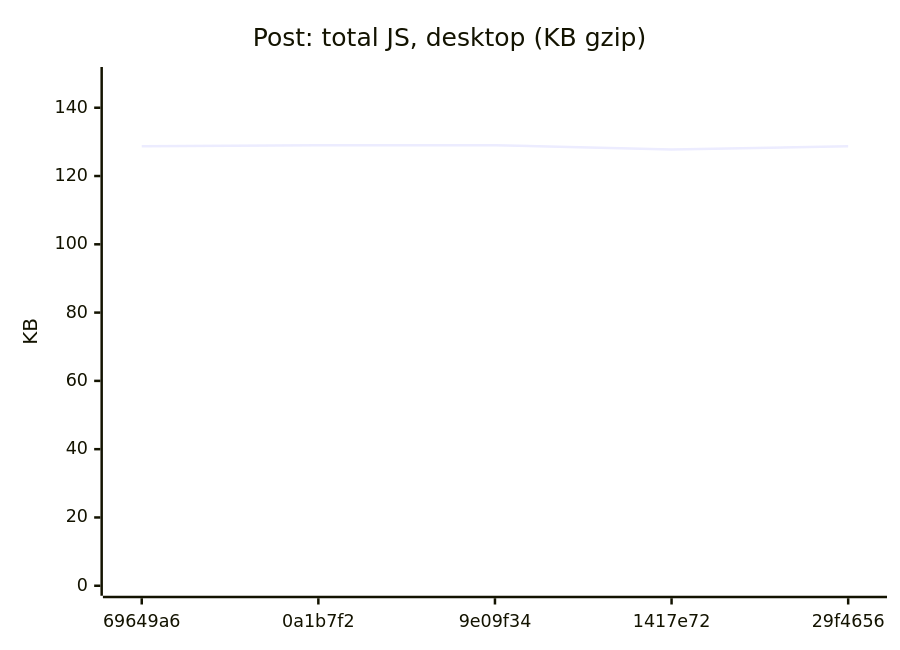
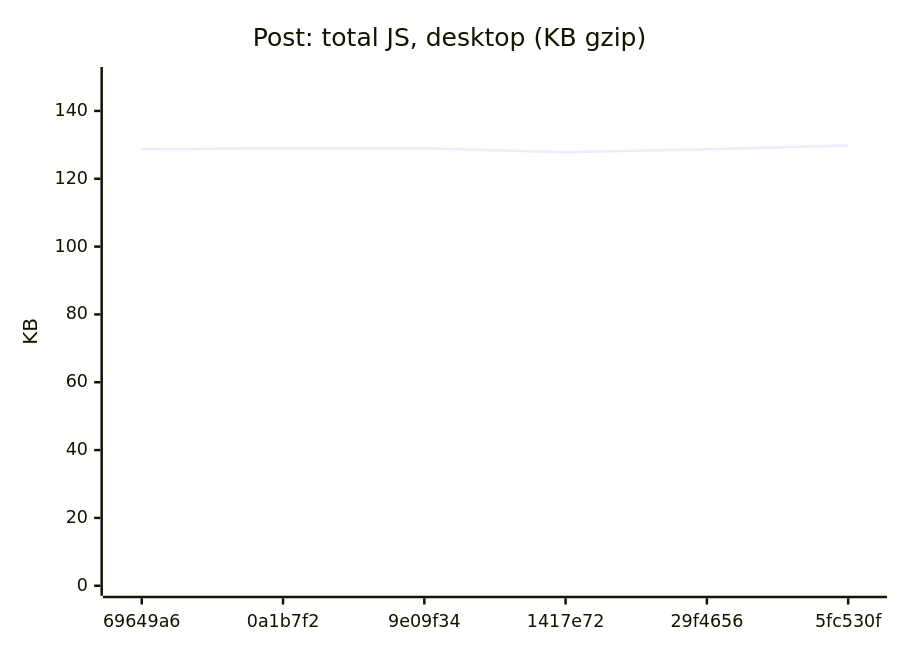
Diagram 11 of 18 in README.md (AxelUser/maltsev.space), drawn with Mermaid before and after one commit. The commit also changed other lines of this file and 1 other file, not shown here.

````diff
--- a/README.md
+++ b/README.md
@@ -125,7 +125,7 @@
 ```mermaid
 xychart-beta
   title "Post: total JS, desktop (KB gzip)"
-  x-axis ["69649a6", "0a1b7f2", "9e09f34", "1417e72", "29f4656"]
-  y-axis "KB" 0 --> 149
-  line [128.7, 129, 129, 127.8, 128.7]
+  x-axis ["69649a6", "0a1b7f2", "9e09f34", "1417e72", "29f4656", "5fc530f"]
+  y-axis "KB" 0 --> 150
+  line [128.7, 129, 129, 127.8, 128.7, 129.8]
 ```
````
